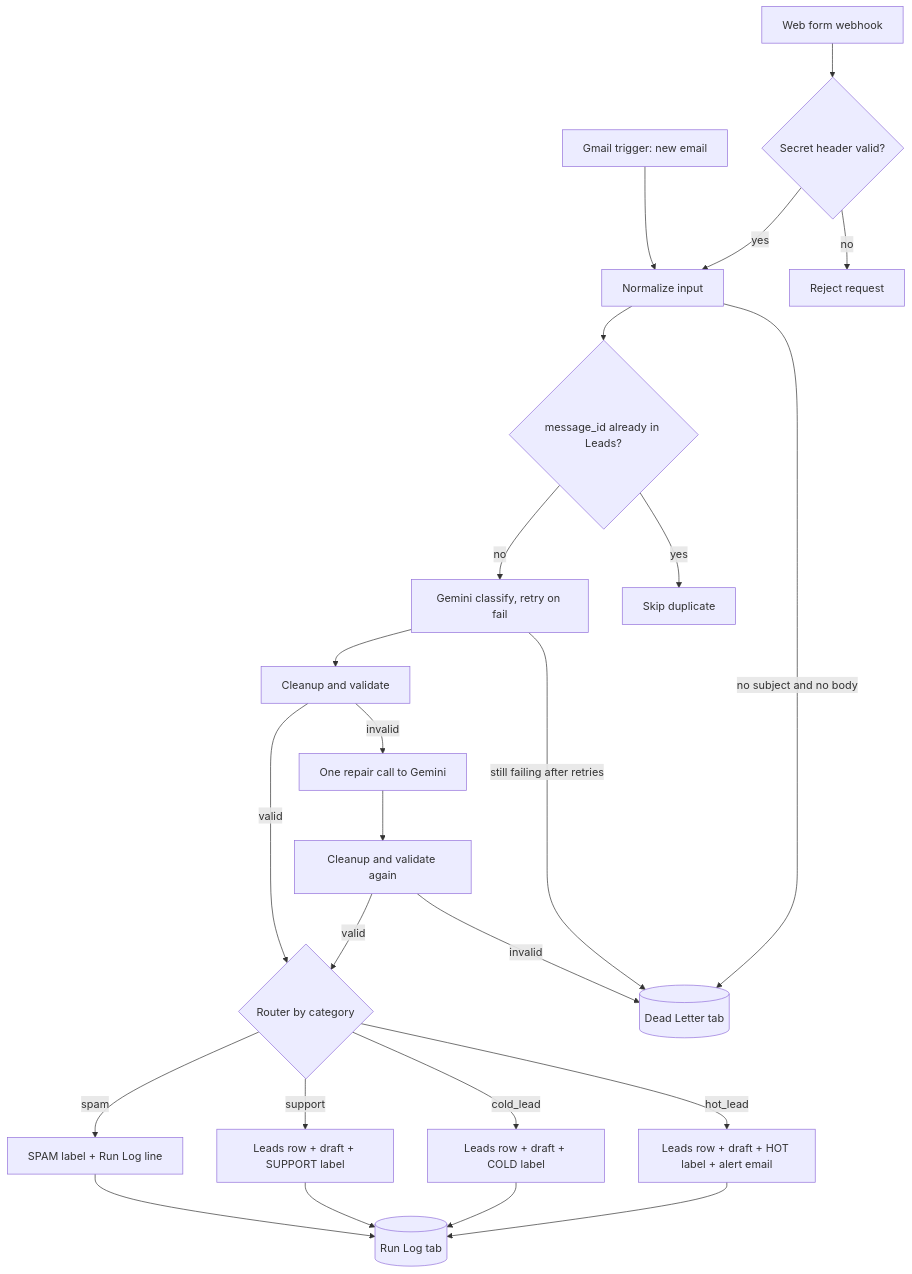
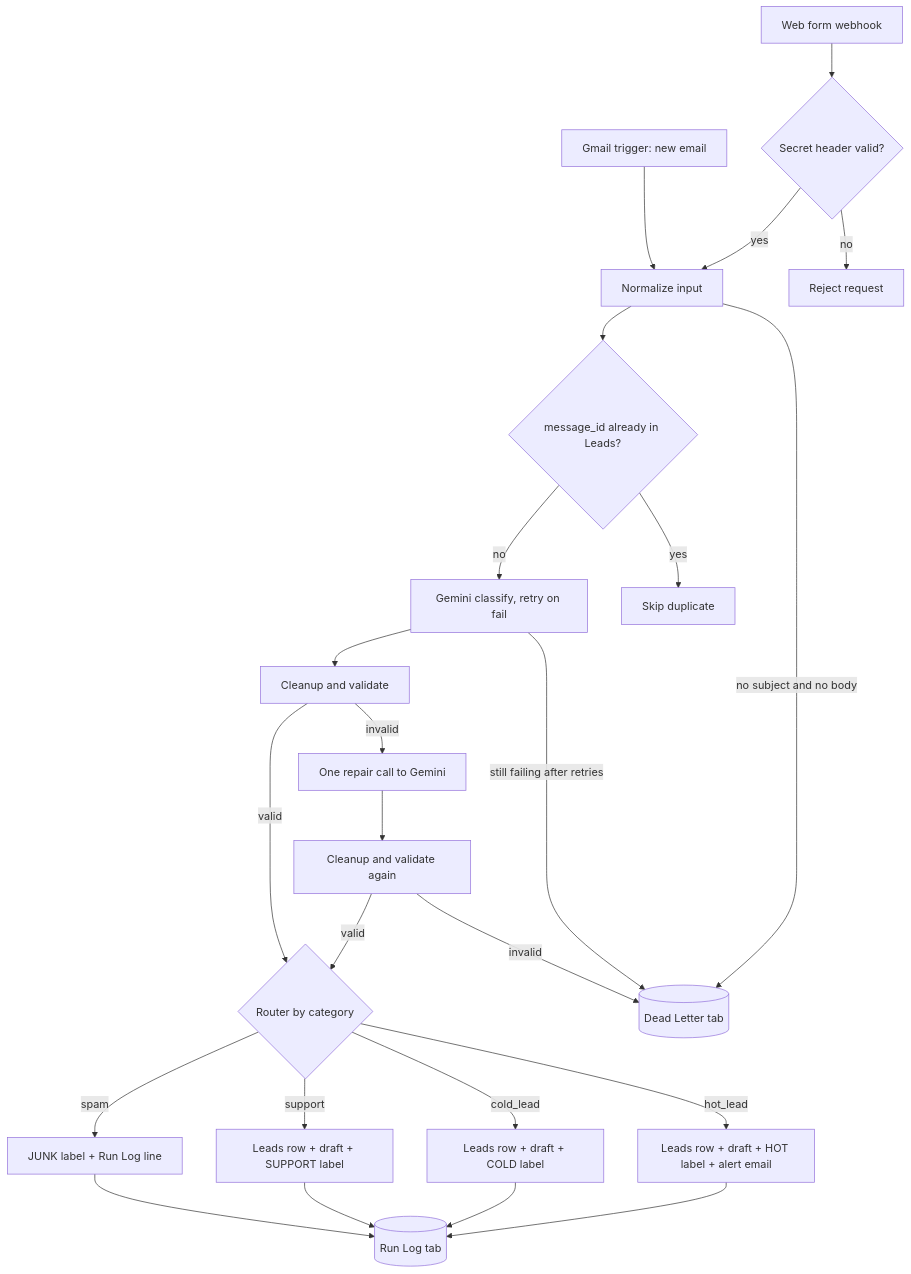
The diagram in README.md (MostafaSaafan5517/lead-inbox-automation), drawn with Mermaid before and after one commit. The commit also changed other lines of this file and 4 other files, not shown here.

Commit message:
fix: use a JUNK Gmail label for spam, SPAM is reserved by Gmail

````diff
--- a/README.md
+++ b/README.md
@@ -19,26 +19,26 @@
 ```mermaid
 flowchart TD
     G[Gmail trigger: new email] --> N[Normalize input]
     W[Web form webhook] --> S{Secret header valid?}
     S -- no --> R401[Reject request]
     S -- yes --> N
     N -- no subject and no body --> DL[(Dead Letter tab)]
     N --> D{message_id already in Leads?}
     D -- yes --> SKIP[Skip duplicate]
     D -- no --> AI[Gemini classify, retry on fail]
     AI -- still failing after retries --> DL
     AI --> C[Cleanup and validate]
     C -- invalid --> RP[One repair call to Gemini]
     RP --> C2[Cleanup and validate again]
     C2 -- invalid --> DL
     C2 -- valid --> RT
     C -- valid --> RT{Router by category}
     RT -- hot_lead --> H[Leads row + draft + HOT label + alert email]
     RT -- cold_lead --> CO[Leads row + draft + COLD label]
     RT -- support --> SU[Leads row + draft + SUPPORT label]
-    RT -- spam --> SP[SPAM label + Run Log line]
+    RT -- spam --> SP[JUNK label + Run Log line]
     H --> LOG[(Run Log tab)]
     CO --> LOG
     SU --> LOG
     SP --> LOG
 ```
````
